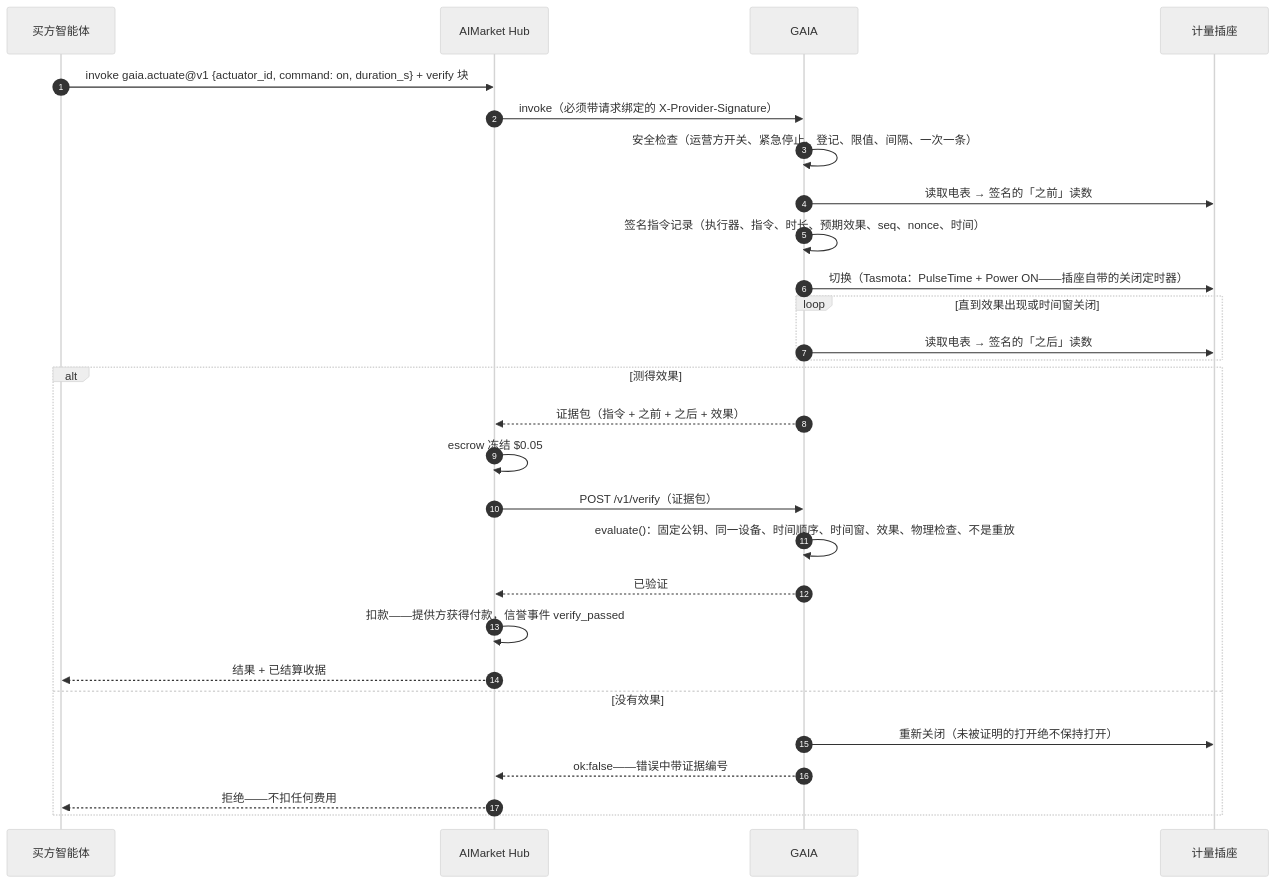
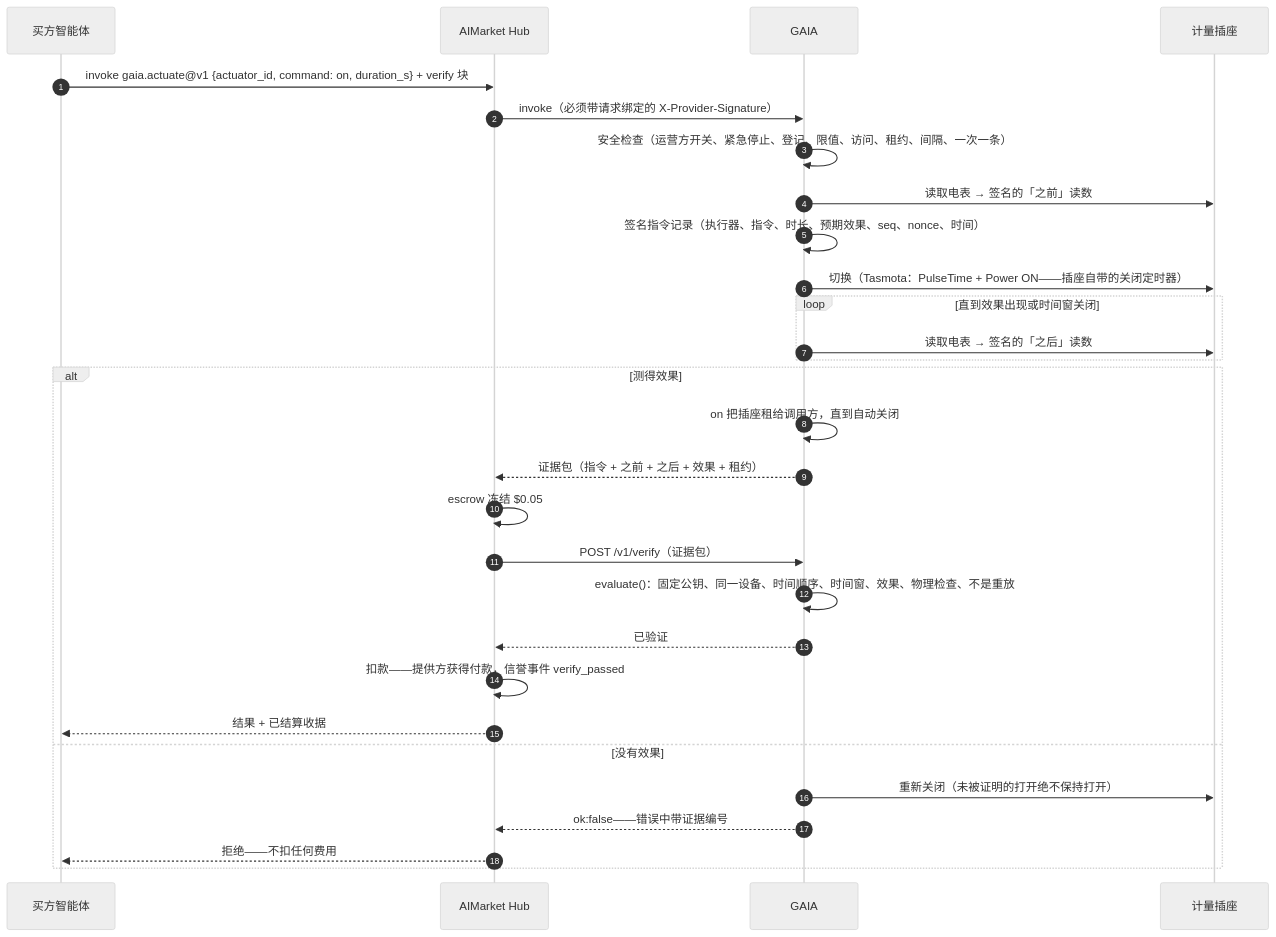
One commit to alexar76/gaia changed the third of 8 diagrams in docs/i18n/ACTUATION.zh.md. Above: the diagram before and after it, drawn with Mermaid (neutral theme). The commit also changed other lines of this file and 50 other files, not shown here.

````diff
--- a/docs/i18n/ACTUATION.zh.md
+++ b/docs/i18n/ACTUATION.zh.md
@@ -103,30 +131,31 @@
 ```mermaid
 sequenceDiagram
     autonumber
     participant B as 买方智能体
     participant H as AIMarket Hub
     participant G as GAIA
     participant P as 计量插座
     B->>H: invoke gaia.actuate@v1 {actuator_id, command: on, duration_s} + verify 块
     H->>G: invoke（必须带请求绑定的 X-Provider-Signature）
-    G->>G: 安全检查（运营方开关、紧急停止、登记、限值、间隔、一次一条）
+    G->>G: 安全检查（运营方开关、紧急停止、登记、限值、访问、租约、间隔、一次一条）
     G->>P: 读取电表 → 签名的「之前」读数
     G->>G: 签名指令记录（执行器、指令、时长、预期效果、seq、nonce、时间）
     G->>P: 切换（Tasmota：PulseTime + Power ON——插座自带的关闭定时器）
     loop 直到效果出现或时间窗关闭
         G->>P: 读取电表 → 签名的「之后」读数
     end
     alt 测得效果
-        G-->>H: 证据包（指令 + 之前 + 之后 + 效果）
+        G->>G: on 把插座租给调用方，直到自动关闭
+        G-->>H: 证据包（指令 + 之前 + 之后 + 效果 + 租约）
         H->>H: escrow 冻结 $0.05
         H->>G: POST /v1/verify（证据包）
         G->>G: evaluate()：固定公钥、同一设备、时间顺序、时间窗、效果、物理检查、不是重放
         G-->>H: 已验证
         H->>H: 扣款——提供方获得付款，信誉事件 verify_passed
         H-->>B: 结果 + 已结算收据
     else 没有效果
         G->>P: 重新关闭（未被证明的打开绝不保持打开）
         G-->>H: ok:false——错误中带证据编号
         H-->>B: 拒绝——不扣任何费用
     end
 ```
````
